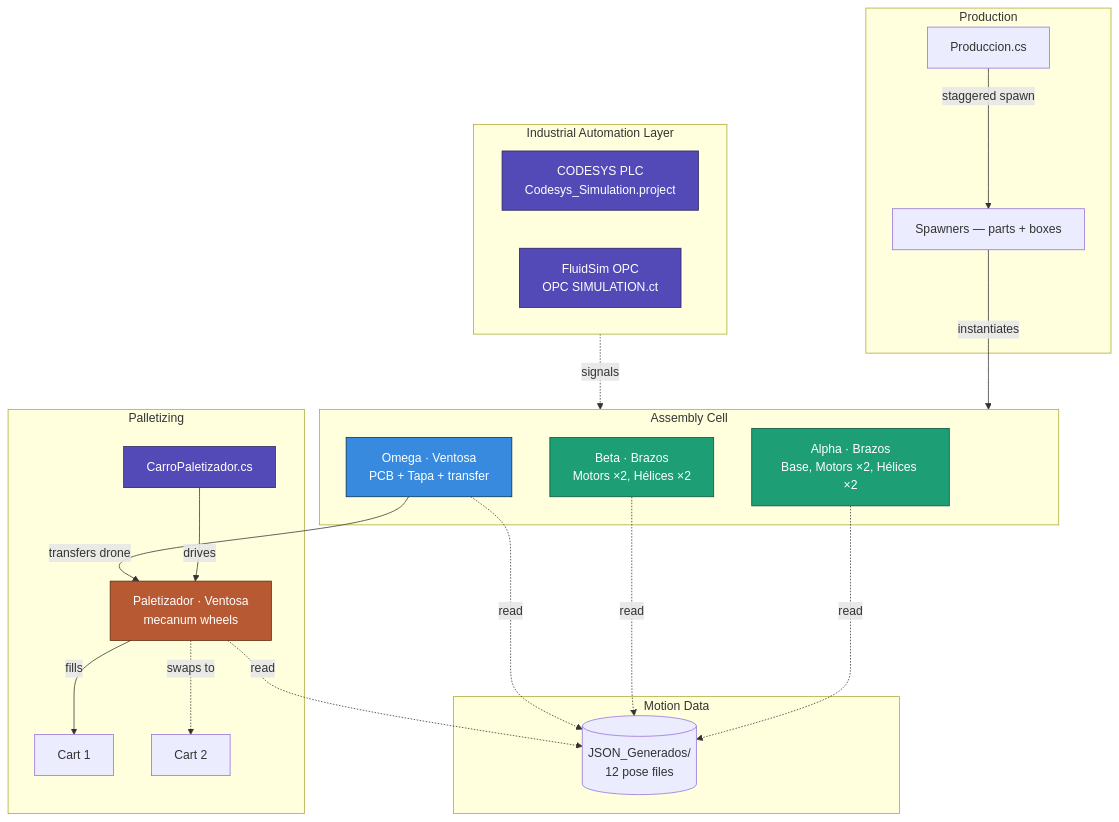
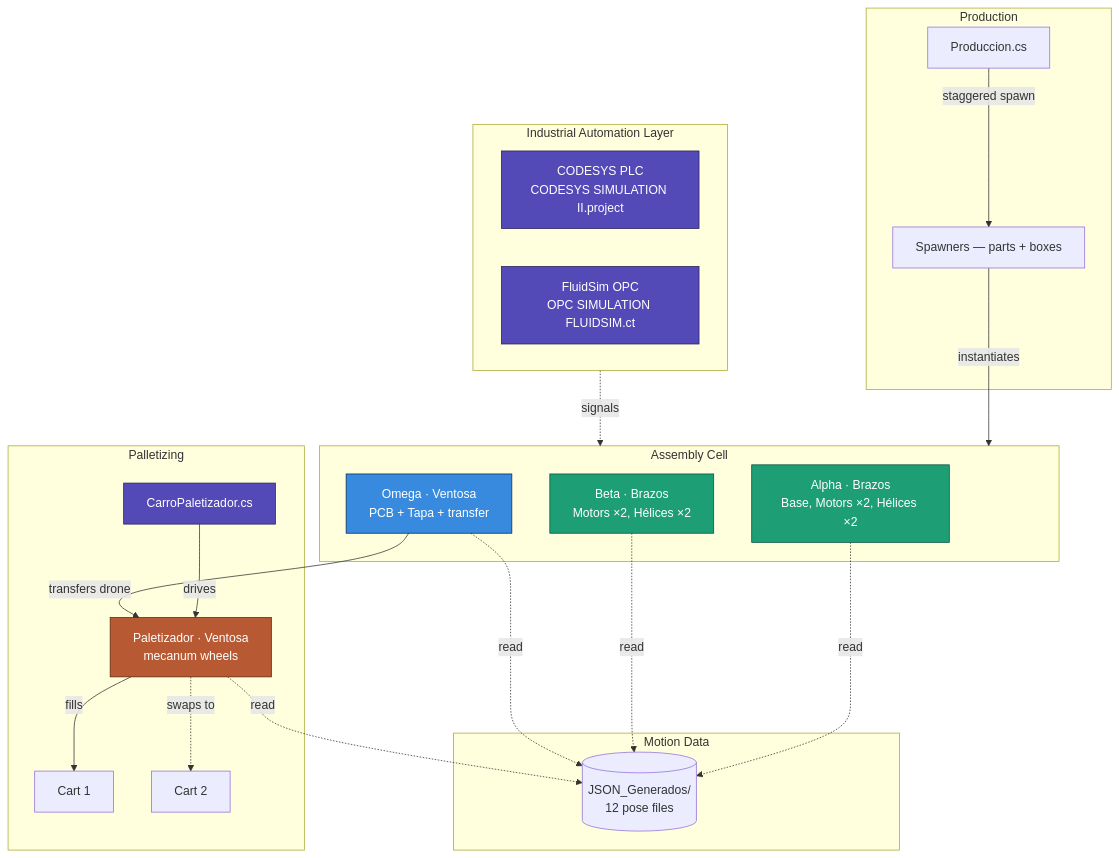
One commit to jorgefajardom-coder/drone-packaging-simulation-unity changed the first of 6 diagrams in README.md. Above: the diagram before and after it, drawn with Mermaid. The commit also changed other lines of this file, not shown here.

First line of the commit message:
docs: actualizar README con scripts nuevos, CODESYS II y conteos correctos

````diff
--- a/README.md
+++ b/README.md
@@ -105,41 +107,41 @@
 ```mermaid
 graph TB
     subgraph EXT["Industrial Automation Layer"]
         direction LR
-        PLC[CODESYS PLC<br/>Codesys_Simulation.project]
-        OPC[FluidSim OPC<br/>OPC SIMULATION.ct]
+        PLC[CODESYS PLC<br/>CODESYS SIMULATION II.project]
+        OPC[FluidSim OPC<br/>OPC SIMULATION FLUIDSIM.ct]
     end
 
     subgraph PROD["Production"]
         P[Produccion.cs] -->|staggered spawn| SP[Spawners — parts + boxes]
     end
 
     subgraph JSON["Motion Data"]
         JF[(JSON_Generados/<br/>12 pose files)]
     end
 
     subgraph ASSEMBLY["Assembly Cell"]
         B1[Alpha · Brazos<br/>Base, Motors ×2, Hélices ×2]
         B2[Beta · Brazos<br/>Motors ×2, Hélices ×2]
         B3[Omega · Ventosa<br/>PCB + Tapa + transfer]
     end
 
     subgraph PALLET["Palletizing"]
         CARRO[CarroPaletizador.cs] -->|drives| B4[Paletizador · Ventosa<br/>mecanum wheels]
         B4 -->|fills| C1[Cart 1]
         B4 -.->|swaps to| C2[Cart 2]
     end
 
     SP -->|instantiates| ASSEMBLY
     B1 & B2 & B3 & B4 -. read .-> JF
     B3 -->|transfers drone| B4
     EXT -.->|signals| ASSEMBLY
 
     style B1 fill:#1D9E75,stroke:#085041,color:#fff
     style B2 fill:#1D9E75,stroke:#085041,color:#fff
     style B3 fill:#378ADD,stroke:#042C53,color:#fff
     style B4 fill:#B75A34,stroke:#5C2506,color:#fff
     style CARRO fill:#534AB7,stroke:#26215C,color:#fff
     style PLC fill:#534AB7,stroke:#26215C,color:#fff
     style OPC fill:#534AB7,stroke:#26215C,color:#fff
 ```
````
